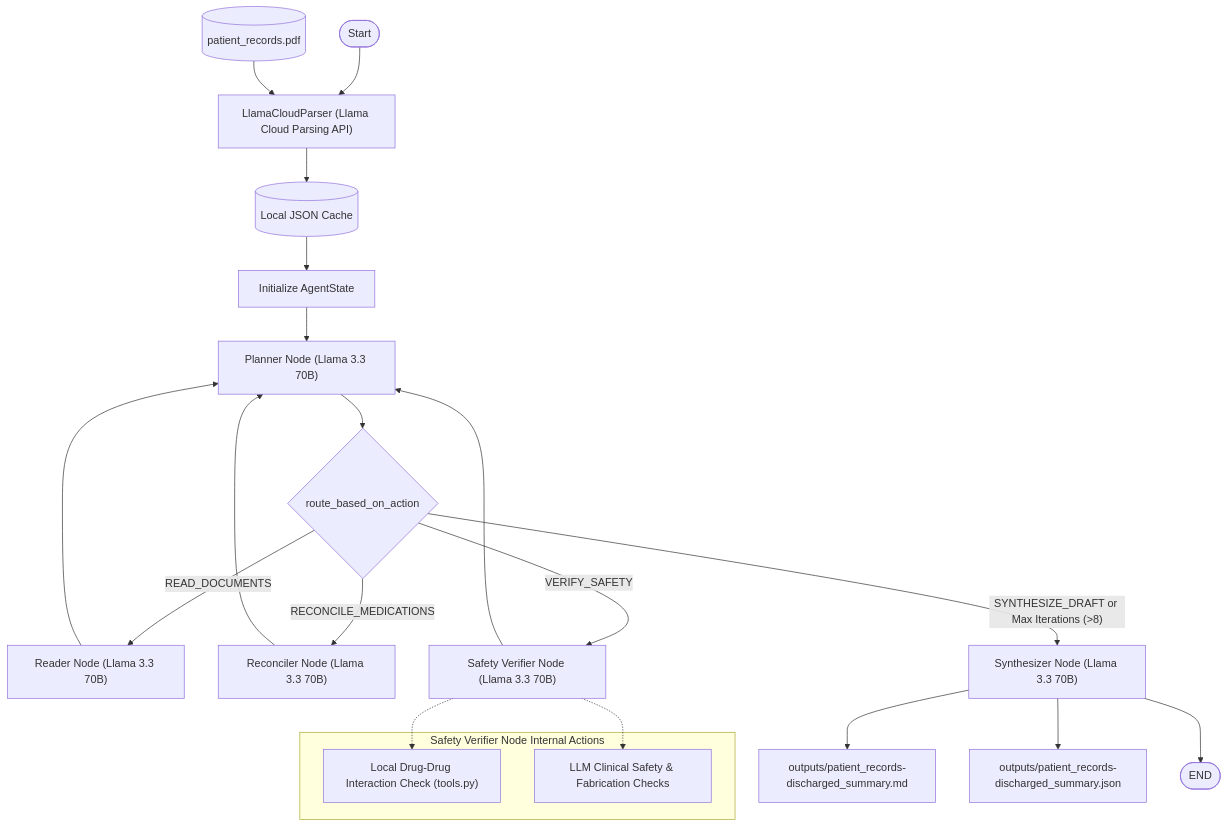
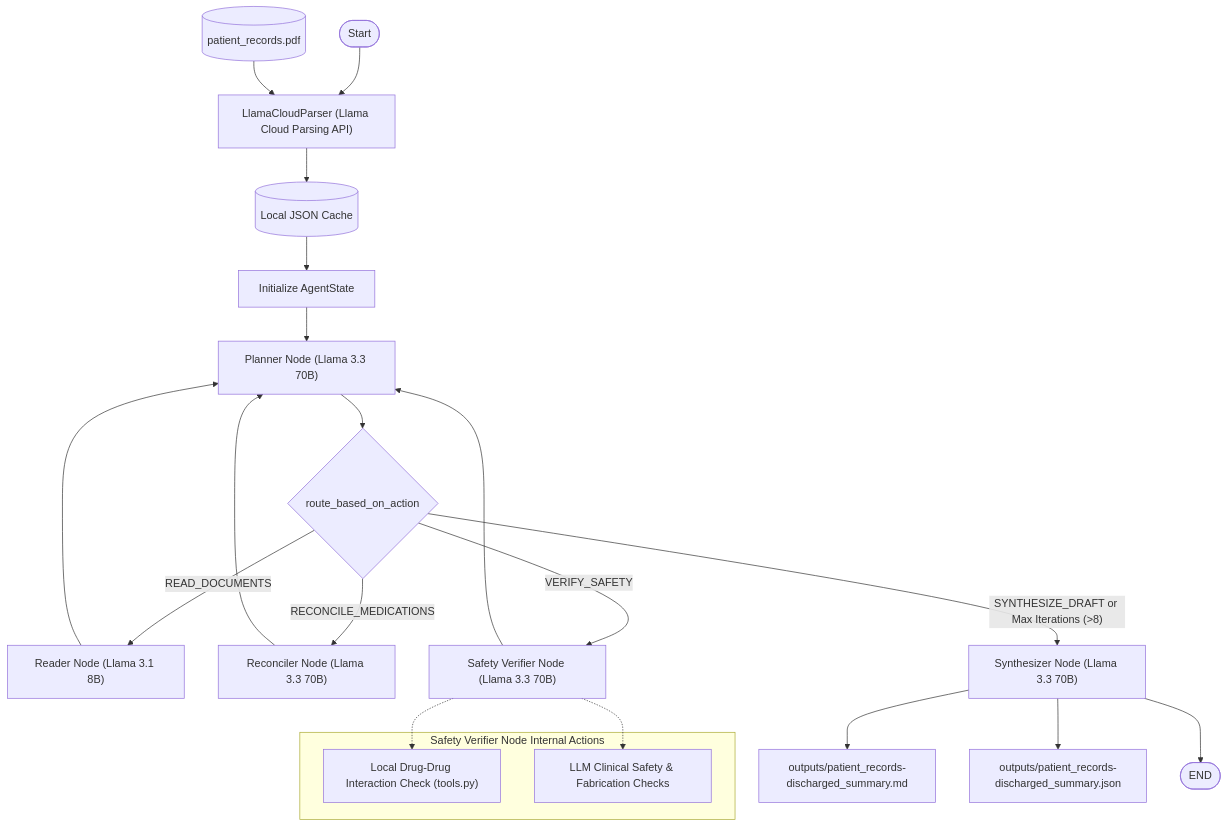
The diagram in README.md (Jerry-britto/AGENTIC_SYSTEM_FOR_CLINICAL_DRAFT), drawn with Mermaid before and after one commit. The commit also changed other lines of this file and 6 other files, not shown here.

Commit message:
refactor: standardize clinical summary output schema and update agent logic for enhanced safety alerting

````diff
--- a/README.md
+++ b/README.md
@@ -24,46 +27,46 @@
 ```mermaid
 flowchart TD
     %% Nodes
     Start([Start])
     PDF[(patient_records.pdf)]
     Parser["LlamaCloudParser (Llama Cloud Parsing API)"]
     Cache[(Local JSON Cache)]
     InitState["Initialize AgentState"]
     PlannerNode["Planner Node (Llama 3.3 70B)"]
     Router{"route_based_on_action"}
-    ReaderNode["Reader Node (Llama 3.3 70B)"]
+    ReaderNode["Reader Node (Llama 3.1 8B)"]
     ReconcilerNode["Reconciler Node (Llama 3.3 70B)"]
     VerifierNode["Safety Verifier Node (Llama 3.3 70B)"]
     SynthesizerNode["Synthesizer Node (Llama 3.3 70B)"]
     OutputMD["outputs/patient_records-discharged_summary.md"]
     OutputJSON["outputs/patient_records-discharged_summary.json"]
     End([END])
 
     Start --> Parser
     PDF --> Parser
     Parser --> Cache
     Cache --> InitState
     InitState --> PlannerNode
     PlannerNode --> Router
     
     Router -- "READ_DOCUMENTS" --> ReaderNode
     Router -- "RECONCILE_MEDICATIONS" --> ReconcilerNode
     Router -- "VERIFY_SAFETY" --> VerifierNode
     Router -- "SYNTHESIZE_DRAFT or Max Iterations (>8)" --> SynthesizerNode
     
     ReaderNode --> PlannerNode
     ReconcilerNode --> PlannerNode
     VerifierNode --> PlannerNode
     
     SynthesizerNode --> OutputMD
     SynthesizerNode --> OutputJSON
     SynthesizerNode --> End
 
     subgraph SafetyVerifier["Safety Verifier Node Internal Actions"]
         DDICheck["Local Drug-Drug Interaction Check (tools.py)"]
         LLMVerify["LLM Clinical Safety & Fabrication Checks"]
     end
     
     VerifierNode -.-> DDICheck
     VerifierNode -.-> LLMVerify
 ```
````
